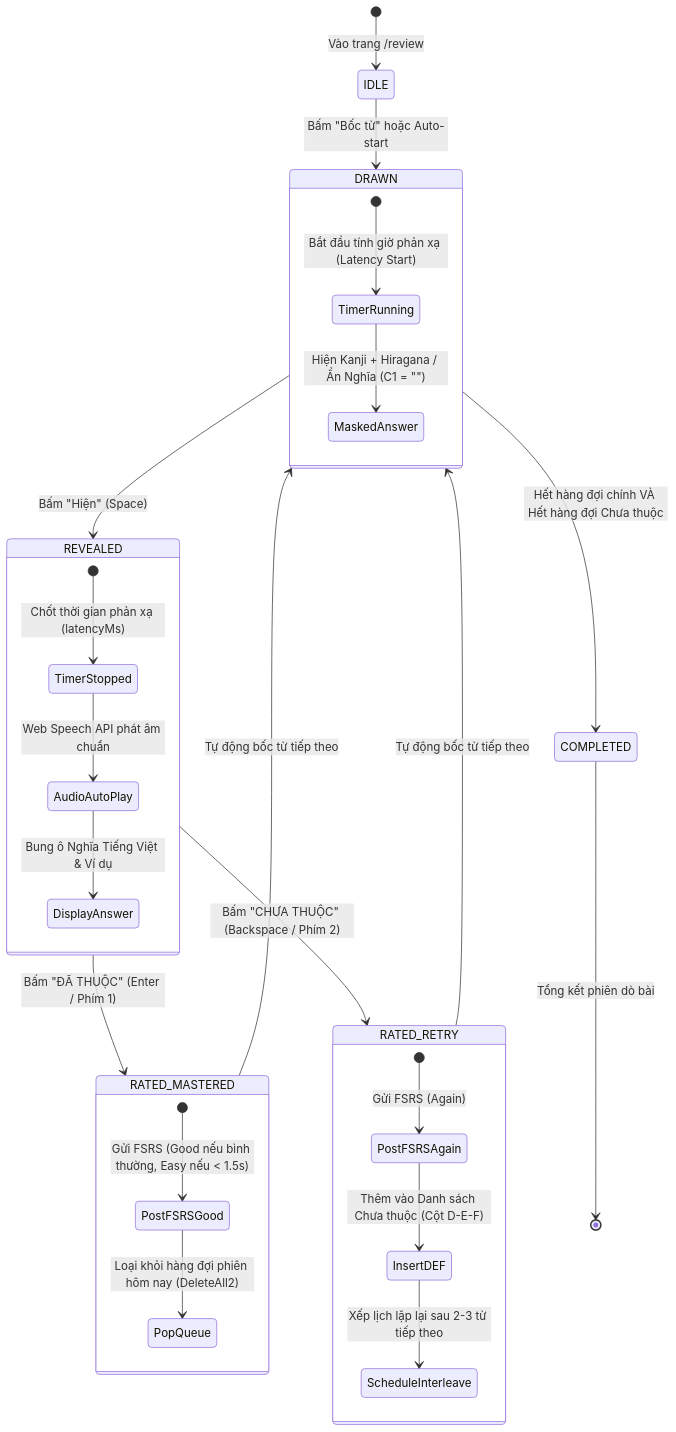
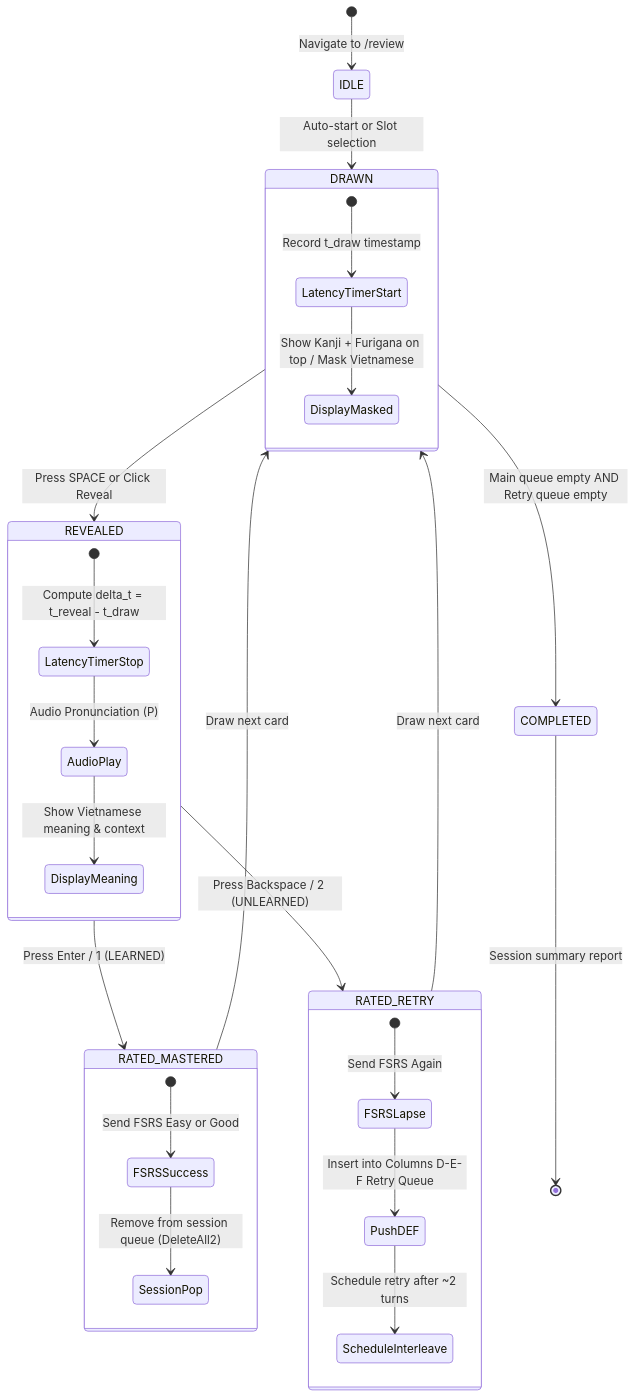
One commit to egbertbritannia-cpu/japanese-srs-system changed the second of 2 diagrams in planning/10_PHASE_10_DO_BAI_MINNA_LEARNING_SYSTEM_MIGRATION_PLAN.md. Above: the diagram before and after it, drawn with Mermaid. The commit also changed other lines of this file and 10 other files, not shown here.

````diff
--- a/planning/10_PHASE_10_DO_BAI_MINNA_LEARNING_SYSTEM_MIGRATION_PLAN.md
+++ b/planning/10_PHASE_10_DO_BAI_MINNA_LEARNING_SYSTEM_MIGRATION_PLAN.md
@@ -160,38 +102,38 @@
 ```mermaid
 stateDiagram-v2
-    [*] --> IDLE : Vào trang /review
-    IDLE --> DRAWN : Bấm "Bốc từ" hoặc Auto-start
+    [*] --> IDLE : Navigate to /review
+    IDLE --> DRAWN : Auto-start or Slot selection
     
     state DRAWN {
-        [*] --> TimerRunning : Bắt đầu tính giờ phản xạ (Latency Start)
-        TimerRunning --> MaskedAnswer : Hiện Kanji + Hiragana / Ẩn Nghĩa (C1 = "")
+        [*] --> LatencyTimerStart : Record t_draw timestamp
+        LatencyTimerStart --> DisplayMasked : Show Kanji + Furigana on top / Mask Vietnamese
     }
 
-    DRAWN --> REVEALED : Bấm "Hiện" (Space)
+    DRAWN --> REVEALED : Press SPACE or Click Reveal
     
     state REVEALED {
-        [*] --> TimerStopped : Chốt thời gian phản xạ (latencyMs)
-        TimerStopped --> AudioAutoPlay : Web Speech API phát âm chuẩn
-        AudioAutoPlay --> DisplayAnswer : Bung ô Nghĩa Tiếng Việt & Ví dụ
+        [*] --> LatencyTimerStop : Compute delta_t = t_reveal - t_draw
+        LatencyTimerStop --> AudioPlay : Audio Pronunciation (P)
+        AudioPlay --> DisplayMeaning : Show Vietnamese meaning & context
     }
 
-    REVEALED --> RATED_MASTERED : Bấm "ĐÃ THUỘC" (Enter / Phím 1)
-    REVEALED --> RATED_RETRY : Bấm "CHƯA THUỘC" (Backspace / Phím 2)
+    REVEALED --> RATED_MASTERED : Press Enter / 1 (LEARNED)
+    REVEALED --> RATED_RETRY : Press Backspace / 2 (UNLEARNED)
 
     state RATED_MASTERED {
-        [*] --> PostFSRSGood : Gửi FSRS (Good nếu bình thường, Easy nếu < 1.5s)
-        PostFSRSGood --> PopQueue : Loại khỏi hàng đợi phiên hôm nay (DeleteAll2)
+        [*] --> FSRSSuccess : Send FSRS Easy or Good
+        FSRSSuccess --> SessionPop : Remove from session queue (DeleteAll2)
     }
 
     state RATED_RETRY {
-        [*] --> PostFSRSAgain : Gửi FSRS (Again)
-        PostFSRSAgain --> InsertDEF : Thêm vào Danh sách Chưa thuộc (Cột D-E-F)
-        InsertDEF --> ScheduleInterleave : Xếp lịch lặp lại sau 2-3 từ tiếp theo
+        [*] --> FSRSLapse : Send FSRS Again
+        FSRSLapse --> PushDEF : Insert into Columns D-E-F Retry Queue
+        PushDEF --> ScheduleInterleave : Schedule retry after ~2 turns
     }
 
-    RATED_MASTERED --> DRAWN : Tự động bốc từ tiếp theo
-    RATED_RETRY --> DRAWN : Tự động bốc từ tiếp theo
+    RATED_MASTERED --> DRAWN : Draw next card
+    RATED_RETRY --> DRAWN : Draw next card
     
-    DRAWN --> COMPLETED : Hết hàng đợi chính VÀ Hết hàng đợi Chưa thuộc
-    COMPLETED --> [*] : Tổng kết phiên dò bài
+    DRAWN --> COMPLETED : Main queue empty AND Retry queue empty
+    COMPLETED --> [*] : Session summary report
 ```
````
